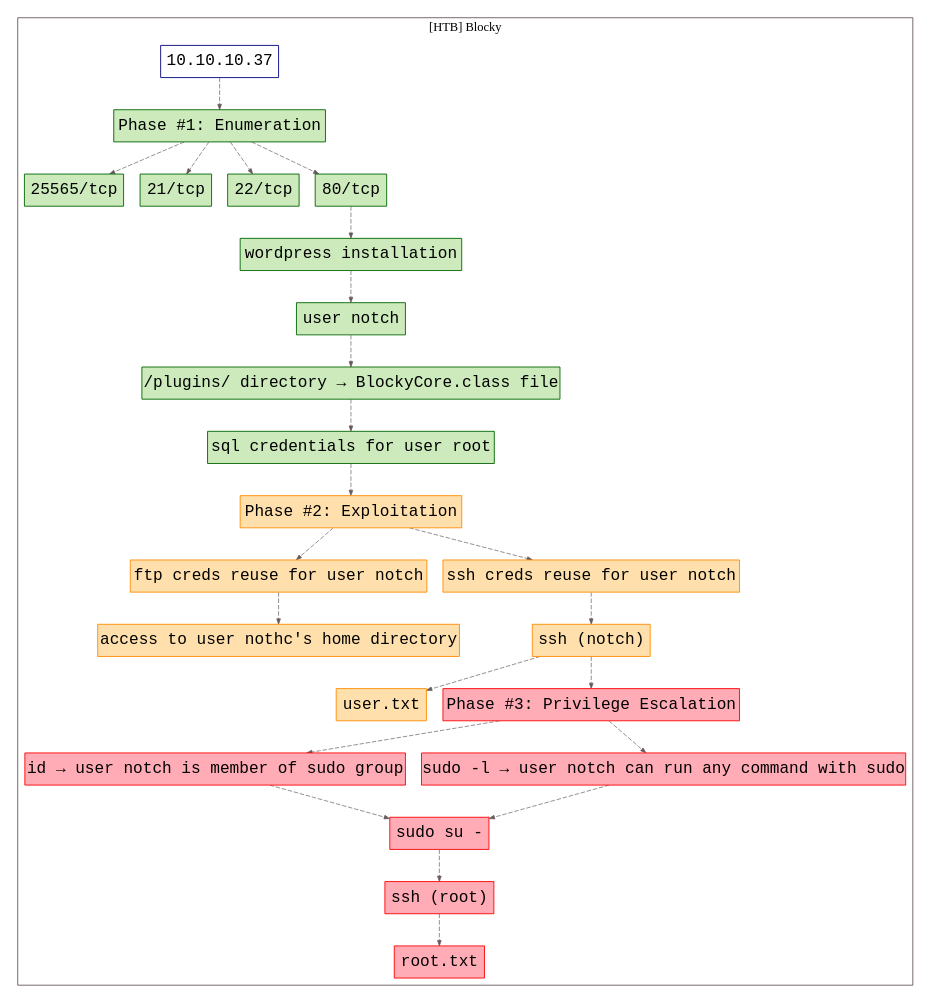
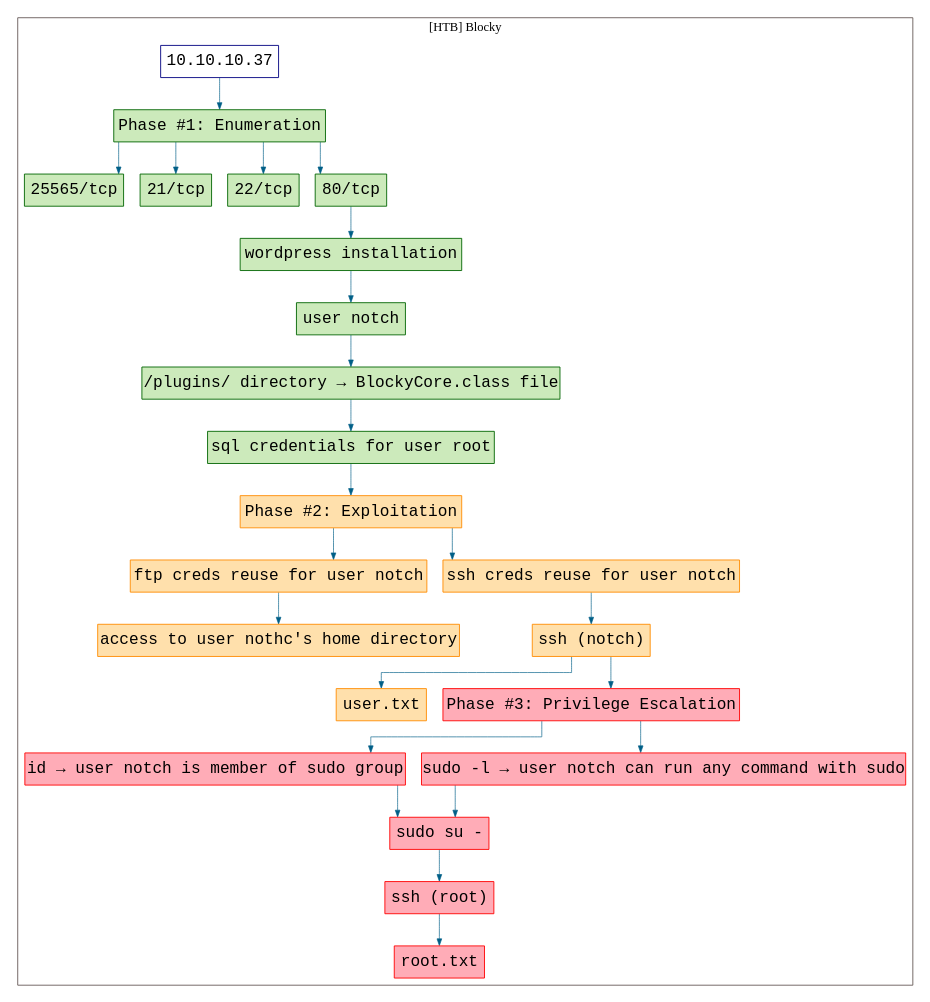
One commit to 7h3rAm/writeups changed the diagram in htb.blocky/killchain.dot. Above: the diagram before and after it, drawn with Graphviz. The commit also changed 112 other files, not shown here.

```diff
--- a/htb.blocky/killchain.dot
+++ b/htb.blocky/killchain.dot
@@ -1,57 +1,57 @@
 digraph G {
   #rankdir=LR;
-  nodesdictep=1.0; splines="line"; K=0.6; overlap=scale; fixedsize=true; resolution=72; bgcolor="#ffffff"; outputorder="edgesfirst";
+  nodesdictep=1.0; splines="ortho"; K=0.6; overlap=scale; fixedsize=true; resolution=72; bgcolor="#ffffff"; outputorder="edgesfirst";
   node [fontname="courier" fontsize=18 shape=box width=0.25 fillcolor="white" style="filled,solid"];
-  edge [style=dashed color="#665957" penwidth=0.75 arrowsize=0.6];
+  edge [style=solid color="#005f87" penwidth=0.75 arrowsize=0.75];
 
   0[label="10.10.10.37" color="navyblue" fillcolor="#ffffff" tooltip="[HTB] Blocky"];
   10[label="ftp creds reuse for user notch" color="darkorange" fillcolor="#ffe0ac" tooltip="Phase #2:Exploitation"];
   11[label="access to user nothc's home directory" color="darkorange" fillcolor="#ffe0ac" tooltip="Phase #2:Exploitation"];
   12[label="ssh creds reuse for user notch" color="darkorange" fillcolor="#ffe0ac" tooltip="Phase #2:Exploitation"];
   13[label="ssh (notch)" color="darkorange" fillcolor="#ffe0ac" tooltip="Phase #2:Exploitation"];
   14[label="user.txt" color="darkorange" fillcolor="#ffe0ac" tooltip="Phase #2:Exploitation"];
   15[label="Phase #3: Privilege Escalation" color="red" fillcolor="#ffacb7" tooltip="Phase #3:Privilege Escalation"];
   16[label="id → user notch is member of sudo group" color="red" fillcolor="#ffacb7" tooltip="Phase #3:Privilege Escalation"];
   17[label="sudo su -" color="red" fillcolor="#ffacb7" tooltip="Phase #3:Privilege Escalation"];
   18[label="sudo -l → user notch can run any command with sudo" color="red" fillcolor="#ffacb7" tooltip="Phase #3:Privilege Escalation"];
   19[label="ssh (root)" color="red" fillcolor="#ffacb7" tooltip="Phase #3:Privilege Escalation"];
   1[label="Phase #1: Enumeration" color="darkgreen" fillcolor="#cceabb" tooltip="Phase #1:Enumeration"];
   20[label="root.txt" color="red" fillcolor="#ffacb7" tooltip="Phase #3:Privilege Escalation"];
   21[label="25565/tcp" color="darkgreen" fillcolor="#cceabb" tooltip="Phase #1:Enumeration"];
   2[label="21/tcp" color="darkgreen" fillcolor="#cceabb" tooltip="Phase #1:Enumeration"];
   3[label="22/tcp" color="darkgreen" fillcolor="#cceabb" tooltip="Phase #1:Enumeration"];
   4[label="80/tcp" color="darkgreen" fillcolor="#cceabb" tooltip="Phase #1:Enumeration"];
   5[label="wordpress installation" color="darkgreen" fillcolor="#cceabb" tooltip="Phase #1:Enumeration"];
   6[label="user notch" color="darkgreen" fillcolor="#cceabb" tooltip="Phase #1:Enumeration"];
   7[label="/plugins/ directory → BlockyCore.class file" color="darkgreen" fillcolor="#cceabb" tooltip="Phase #1:Enumeration"];
   8[label="sql credentials for user root" color="darkgreen" fillcolor="#cceabb" tooltip="Phase #1:Enumeration"];
   9[label="Phase #2: Exploitation" color="darkorange" fillcolor="#ffe0ac" tooltip="Phase #2:Exploitation"];
 
   subgraph cluster_0 {
     node [style="filled,solid"];
     label = "[HTB] Blocky";
     color = "#665957";
-    0 -> 1 [color="#665957"];
-    1 -> 2 [color="#665957"];
-    1 -> 21 [color="#665957"];
-    1 -> 3 [color="#665957"];
-    1 -> 4 [color="#665957"];
-    10 -> 11 [color="#665957"];
-    12 -> 13 [color="#665957"];
-    13 -> 14 [color="#665957"];
-    13 -> 15 [color="#665957"];
-    15 -> 16 [color="#665957"];
-    15 -> 18 [color="#665957"];
-    16 -> 17 [color="#665957"];
-    17 -> 19 [color="#665957"];
-    18 -> 17 [color="#665957"];
-    19 -> 20 [color="#665957"];
-    4 -> 5 [color="#665957"];
-    5 -> 6 [color="#665957"];
-    6 -> 7 [color="#665957"];
-    7 -> 8 [color="#665957"];
-    8 -> 9 [color="#665957"];
-    9 -> 10 [color="#665957"];
-    9 -> 12 [color="#665957"];
+    0 -> 1 [color="#005f87"];
+    1 -> 2 [color="#005f87"];
+    1 -> 21 [color="#005f87"];
+    1 -> 3 [color="#005f87"];
+    1 -> 4 [color="#005f87"];
+    10 -> 11 [color="#005f87"];
+    12 -> 13 [color="#005f87"];
+    13 -> 14 [color="#005f87"];
+    13 -> 15 [color="#005f87"];
+    15 -> 16 [color="#005f87"];
+    15 -> 18 [color="#005f87"];
+    16 -> 17 [color="#005f87"];
+    17 -> 19 [color="#005f87"];
+    18 -> 17 [color="#005f87"];
+    19 -> 20 [color="#005f87"];
+    4 -> 5 [color="#005f87"];
+    5 -> 6 [color="#005f87"];
+    6 -> 7 [color="#005f87"];
+    7 -> 8 [color="#005f87"];
+    8 -> 9 [color="#005f87"];
+    9 -> 10 [color="#005f87"];
+    9 -> 12 [color="#005f87"];
   }
 }
```
